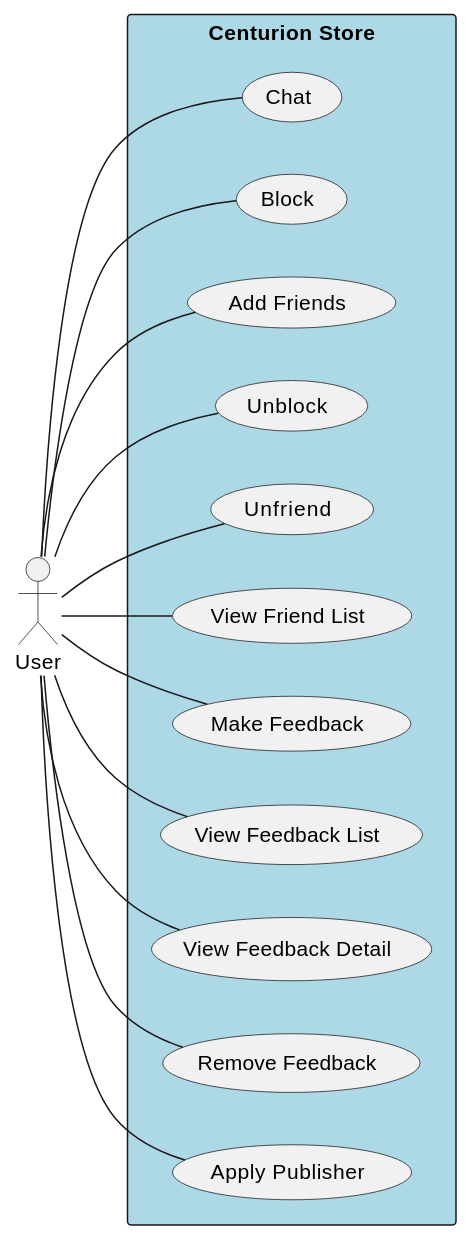
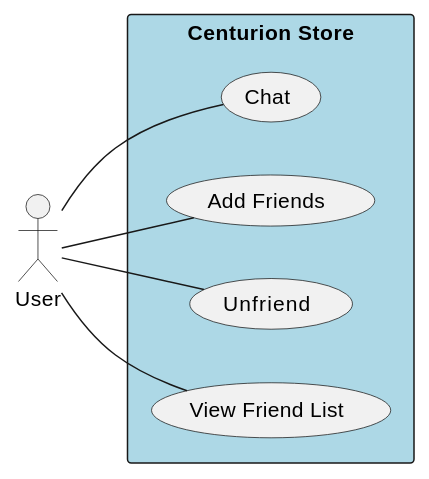
Before and after one commit to PhanNTSon/prm_project: diagram 11 of 11 in reports/diagrams.md, drawn with PlantUML. The commit also changed other lines of this file and 1 other file, not shown here.

````diff
--- a/reports/diagrams.md
+++ b/reports/diagrams.md
@@ -413,33 +395,19 @@
 ```plantuml
 @startuml
 left to right direction
 skinparam packageStyle rectangle
 actor User
 
 rectangle "Centurion Store" #LightBlue {
   usecase "Chat" as UC29
-  usecase "Block" as UC30
   usecase "Add Friends" as UC31
-  usecase "Unblock" as UC32
   usecase "Unfriend" as UC33
   usecase "View Friend List" as UC34
-  usecase "Make Feedback" as UC35
-  usecase "View Feedback List" as UC36
-  usecase "View Feedback Detail" as UC37
-  usecase "Remove Feedback" as UC38
-  usecase "Apply Publisher" as UC39
 }
 
 User -- UC29
-User -- UC30
 User -- UC31
-User -- UC32
 User -- UC33
 User -- UC34
-User -- UC35
-User -- UC36
-User -- UC37
-User -- UC38
-User -- UC39
 @enduml
 ```
````
